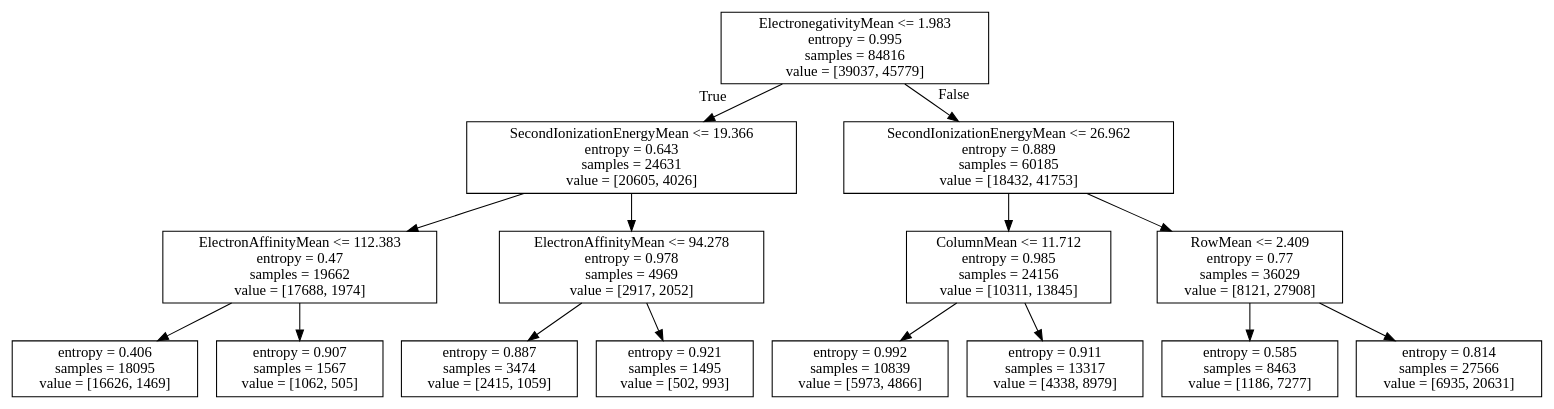
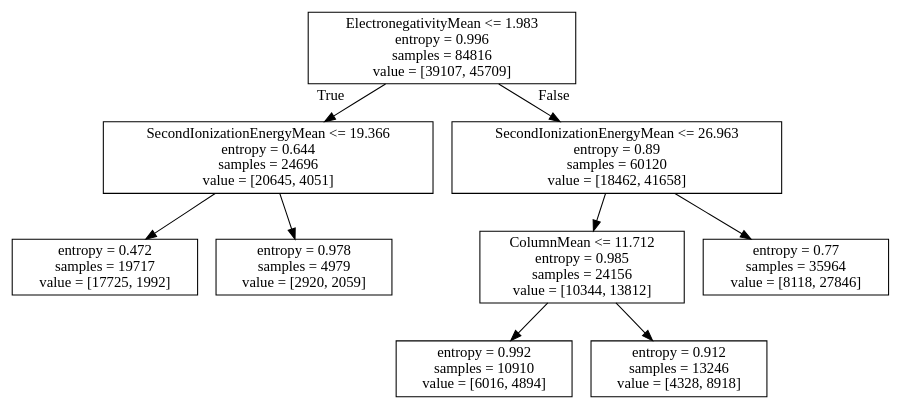
The diagram in lectures/metal_insulator_tree.dot (materialsvirtuallab/nano281), drawn with Graphviz before and after one commit. The commit also changed 1 other file, not shown here.

```diff
--- a/lectures/metal_insulator_tree.dot
+++ b/lectures/metal_insulator_tree.dot
@@ -1,32 +1,20 @@
 digraph Tree {
 node [shape=box] ;
-0 [label="ElectronegativityMean <= 1.983\nentropy = 0.995\nsamples = 84816\nvalue = [39037, 45779]"] ;
-1 [label="SecondIonizationEnergyMean <= 19.366\nentropy = 0.643\nsamples = 24631\nvalue = [20605, 4026]"] ;
+0 [label="ElectronegativityMean <= 1.983\nentropy = 0.996\nsamples = 84816\nvalue = [39107, 45709]"] ;
+1 [label="SecondIonizationEnergyMean <= 19.366\nentropy = 0.644\nsamples = 24696\nvalue = [20645, 4051]"] ;
 0 -> 1 [labeldistance=2.5, labelangle=45, headlabel="True"] ;
-2 [label="ElectronAffinityMean <= 112.383\nentropy = 0.47\nsamples = 19662\nvalue = [17688, 1974]"] ;
+2 [label="entropy = 0.472\nsamples = 19717\nvalue = [17725, 1992]"] ;
 1 -> 2 ;
-3 [label="entropy = 0.406\nsamples = 18095\nvalue = [16626, 1469]"] ;
-2 -> 3 ;
-4 [label="entropy = 0.907\nsamples = 1567\nvalue = [1062, 505]"] ;
-2 -> 4 ;
-5 [label="ElectronAffinityMean <= 94.278\nentropy = 0.978\nsamples = 4969\nvalue = [2917, 2052]"] ;
-1 -> 5 ;
-6 [label="entropy = 0.887\nsamples = 3474\nvalue = [2415, 1059]"] ;
+3 [label="entropy = 0.978\nsamples = 4979\nvalue = [2920, 2059]"] ;
+1 -> 3 ;
+4 [label="SecondIonizationEnergyMean <= 26.963\nentropy = 0.89\nsamples = 60120\nvalue = [18462, 41658]"] ;
+0 -> 4 [labeldistance=2.5, labelangle=-45, headlabel="False"] ;
+5 [label="ColumnMean <= 11.712\nentropy = 0.985\nsamples = 24156\nvalue = [10344, 13812]"] ;
+4 -> 5 ;
+6 [label="entropy = 0.992\nsamples = 10910\nvalue = [6016, 4894]"] ;
 5 -> 6 ;
-7 [label="entropy = 0.921\nsamples = 1495\nvalue = [502, 993]"] ;
+7 [label="entropy = 0.912\nsamples = 13246\nvalue = [4328, 8918]"] ;
 5 -> 7 ;
-8 [label="SecondIonizationEnergyMean <= 26.962\nentropy = 0.889\nsamples = 60185\nvalue = [18432, 41753]"] ;
-0 -> 8 [labeldistance=2.5, labelangle=-45, headlabel="False"] ;
-9 [label="ColumnMean <= 11.712\nentropy = 0.985\nsamples = 24156\nvalue = [10311, 13845]"] ;
-8 -> 9 ;
-10 [label="entropy = 0.992\nsamples = 10839\nvalue = [5973, 4866]"] ;
-9 -> 10 ;
-11 [label="entropy = 0.911\nsamples = 13317\nvalue = [4338, 8979]"] ;
-9 -> 11 ;
-12 [label="RowMean <= 2.409\nentropy = 0.77\nsamples = 36029\nvalue = [8121, 27908]"] ;
-8 -> 12 ;
-13 [label="entropy = 0.585\nsamples = 8463\nvalue = [1186, 7277]"] ;
-12 -> 13 ;
-14 [label="entropy = 0.814\nsamples = 27566\nvalue = [6935, 20631]"] ;
-12 -> 14 ;
+8 [label="entropy = 0.77\nsamples = 35964\nvalue = [8118, 27846]"] ;
+4 -> 8 ;
 }
```
